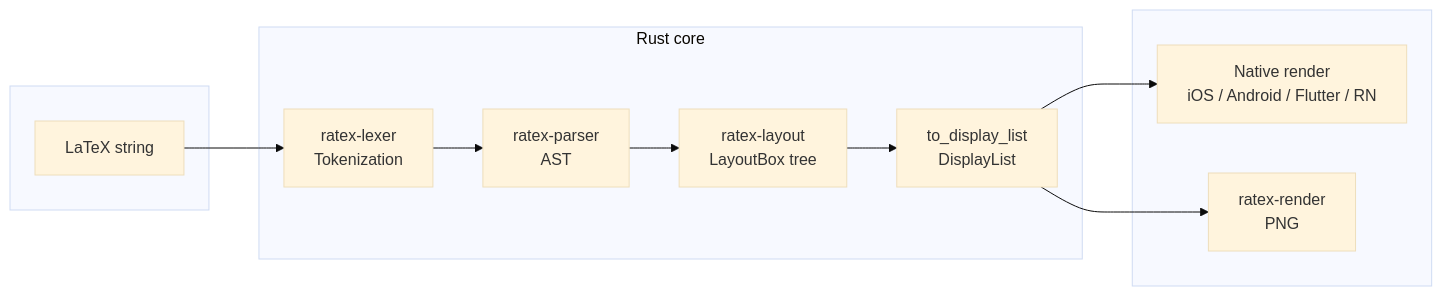
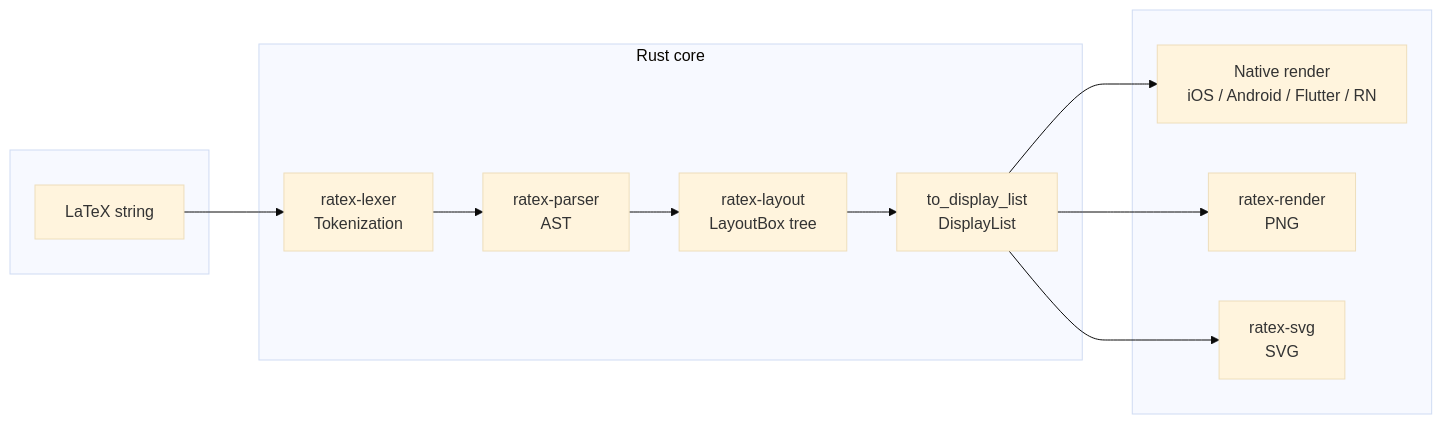
The first of 2 diagrams in README.md (erweixin/RaTeX), drawn with Mermaid (base theme) before and after one commit. The commit also changed other lines of this file and 2 other files, not shown here.

Commit message:
docs: update README and project structure to include SVG export details for ratex-svg crate

````diff
--- a/README.md
+++ b/README.md
@@ -88,19 +89,21 @@
 ```mermaid
 flowchart LR
     subgraph input[" "]
         A[LaTeX string]
     end
     subgraph core["Rust core"]
         B[ratex-lexer<br/>Tokenization]
         C[ratex-parser<br/>AST]
         D[ratex-layout<br/>LayoutBox tree]
         E[to_display_list<br/>DisplayList]
     end
     subgraph output[" "]
         F[Native render<br/>iOS / Android / Flutter / RN]
         G[ratex-render<br/>PNG]
+        H[ratex-svg<br/>SVG]
     end
     A --> B --> C --> D --> E
     E --> F
     E --> G
+    E --> H
 ```
````
